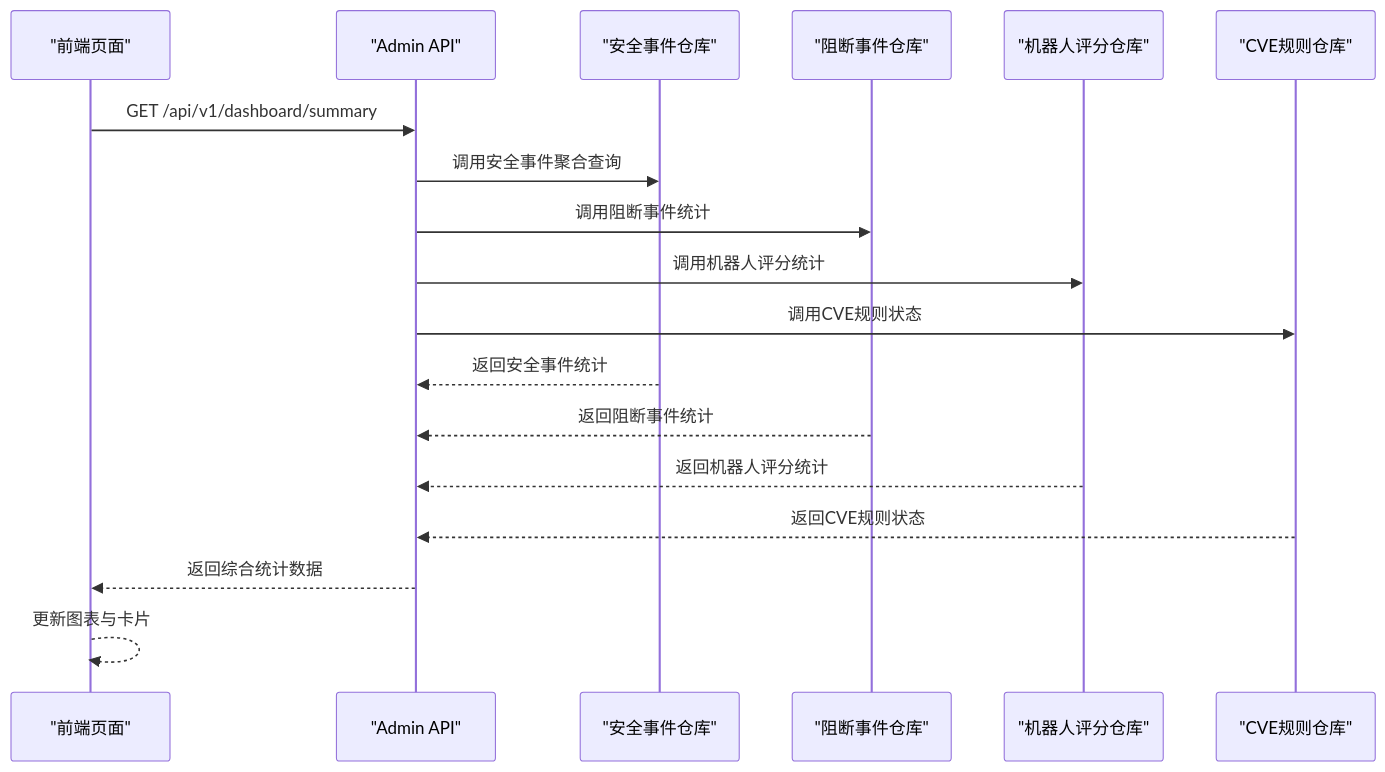
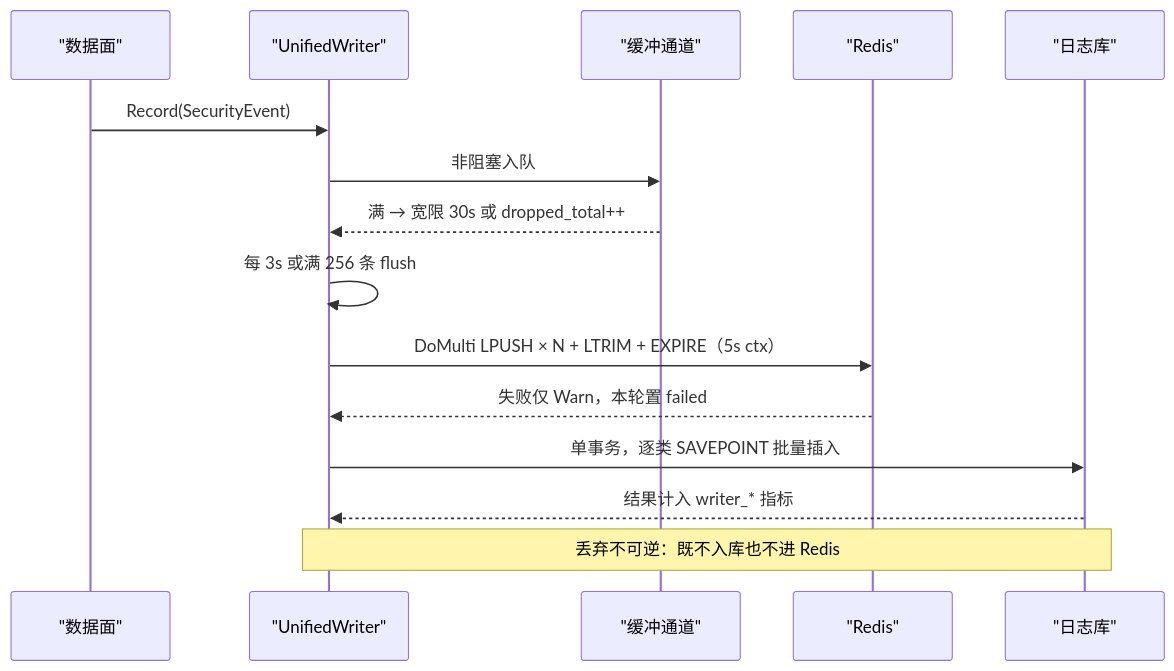
The fifth of 7 diagrams in docs/扩展与插件系统/第三方集成/监控系统集成.md (x01n/My-OpenWaf), drawn with Mermaid before and after one commit. The commit also changed other lines of this file and 622 other files, not shown here.

````diff
--- a/docs/扩展与插件系统/第三方集成/监控系统集成.md
+++ b/docs/扩展与插件系统/第三方集成/监控系统集成.md
@@ -327,20 +335,17 @@
 ```mermaid
 sequenceDiagram
-participant FE as "前端页面"
-participant API as "Admin API"
-participant Repo as "安全事件仓库"
-participant DropRepo as "阻断事件仓库"
-participant BotRepo as "机器人评分仓库"
-participant CVERepo as "CVE规则仓库"
-FE->>API : GET /api/v1/dashboard/summary
-API->>Repo : 调用安全事件聚合查询
-API->>DropRepo : 调用阻断事件统计
-API->>BotRepo : 调用机器人评分统计
-API->>CVERepo : 调用CVE规则状态
-Repo-->>API : 返回安全事件统计
-DropRepo-->>API : 返回阻断事件统计
-BotRepo-->>API : 返回机器人评分统计
-CVERepo-->>API : 返回CVE规则状态
-API-->>FE : 返回综合统计数据
-FE-->>FE : 更新图表与卡片
+participant DP as "数据面"
+participant UW as "UnifiedWriter"
+participant CH as "缓冲通道"
+participant RD as "Redis"
+participant DB as "日志库"
+DP->>UW : Record(SecurityEvent)
+UW->>CH : 非阻塞入队
+CH-->>UW : 满 → 宽限 30s 或 dropped_total++
+UW->>UW : 每 3s 或满 256 条 flush
+UW->>RD : DoMulti LPUSH × N + LTRIM + EXPIRE（5s ctx）
+RD-->>UW : 失败仅 Warn，本轮置 failed
+UW->>DB : 单事务，逐类 SAVEPOINT 批量插入
+DB-->>UW : 结果计入 writer_* 指标
+Note over UW,DB : 丢弃不可逆：既不入库也不进 Redis
 ```
````
